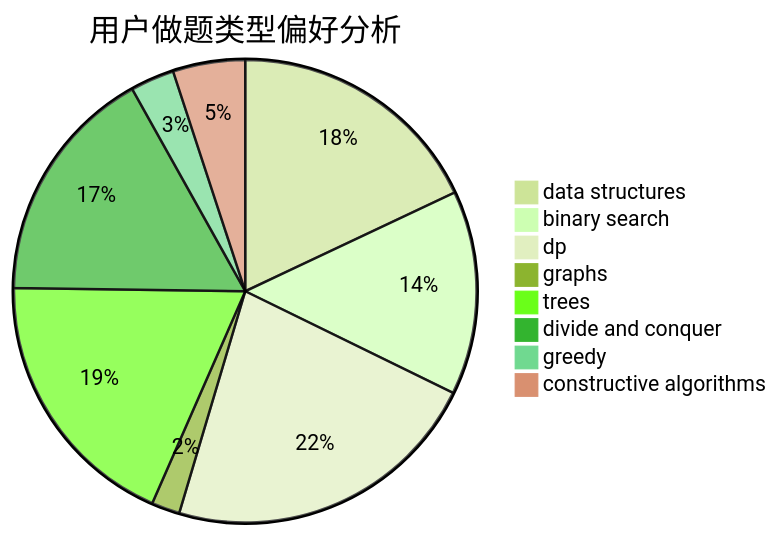
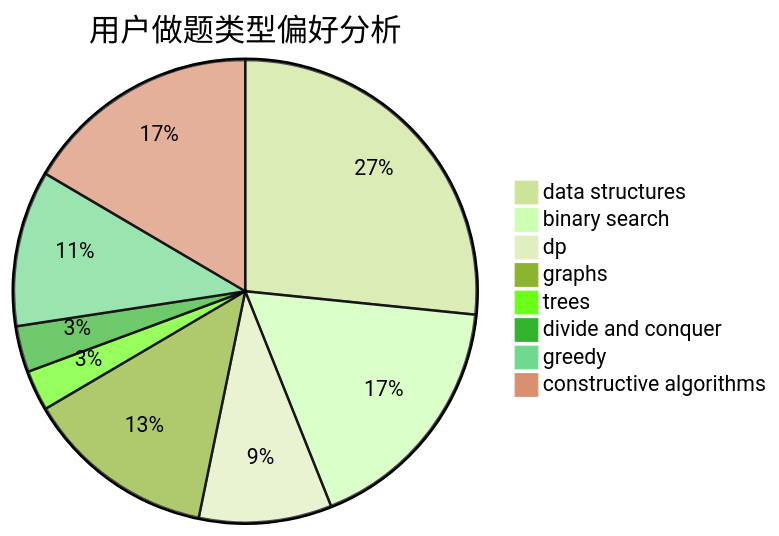
Before and after one commit to sherpahu/cfrs.github.io: the second of 3 diagrams in docs/user/u2633.md, drawn with Mermaid (forest theme). The commit also changed other lines of this file and 2770 other files, not shown here.

````diff
--- a/docs/user/u2633.md
+++ b/docs/user/u2633.md
@@ -23,11 +23,11 @@
 ```mermaid
 pie title 用户做题类型偏好分析
-    "data structures" :  82
-    "binary search" :  65
-    "dp" :  102
-    "graphs" :  9
-    "trees" :  85
-    "divide and conquer" :  76
-    "greedy" :  14
-    "constructive algorithms" :  23
+    "data structures" :  66
+    "binary search" :  43
+    "dp" :  23
+    "graphs" :  33
+    "trees" :  7
+    "divide and conquer" :  8
+    "greedy" :  27
+    "constructive algorithms" :  41
 ```
````
